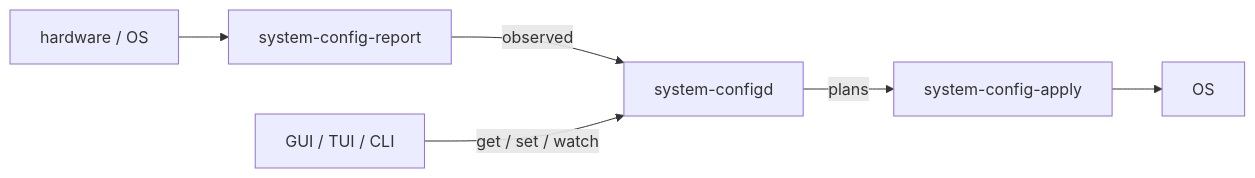
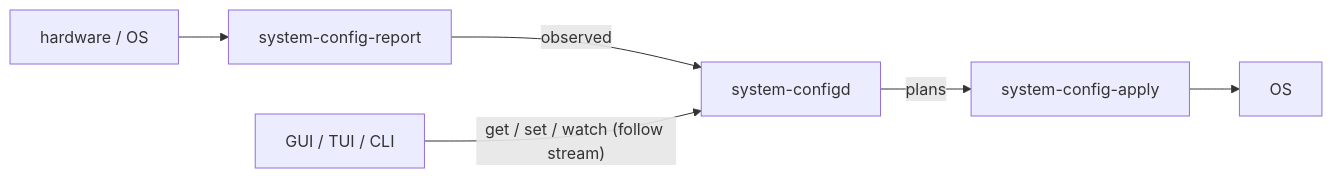
The diagram in architecture.md (codemodify/codalinux), drawn with Mermaid before and after one commit. The commit also changed other lines of this file and 22 other files, not shown here.

First line of the commit message:
feat: system-config TUI KnownPaths and watch follow stream

````diff
--- a/architecture.md
+++ b/architecture.md
@@ -207,15 +207,15 @@
 ```mermaid
 flowchart LR
   hw[hardware / OS]
   report[system-config-report]
   d[system-configd]
   clients[GUI / TUI / CLI]
   apply[system-config-apply]
   os[OS]
 
   hw --> report
   report -->|"observed"| d
-  clients -->|"get / set / watch"| d
+  clients -->|"get / set / watch (follow stream)"| d
   d -->|"plans"| apply
   apply --> os
 ```
````
